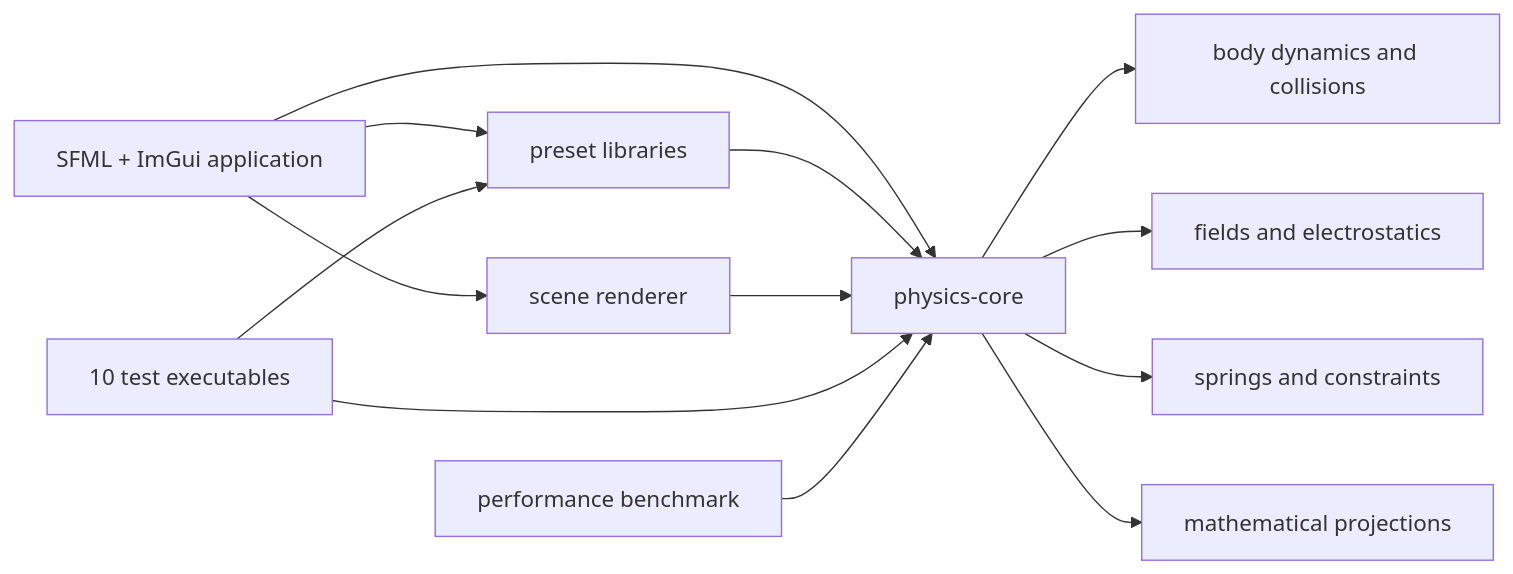
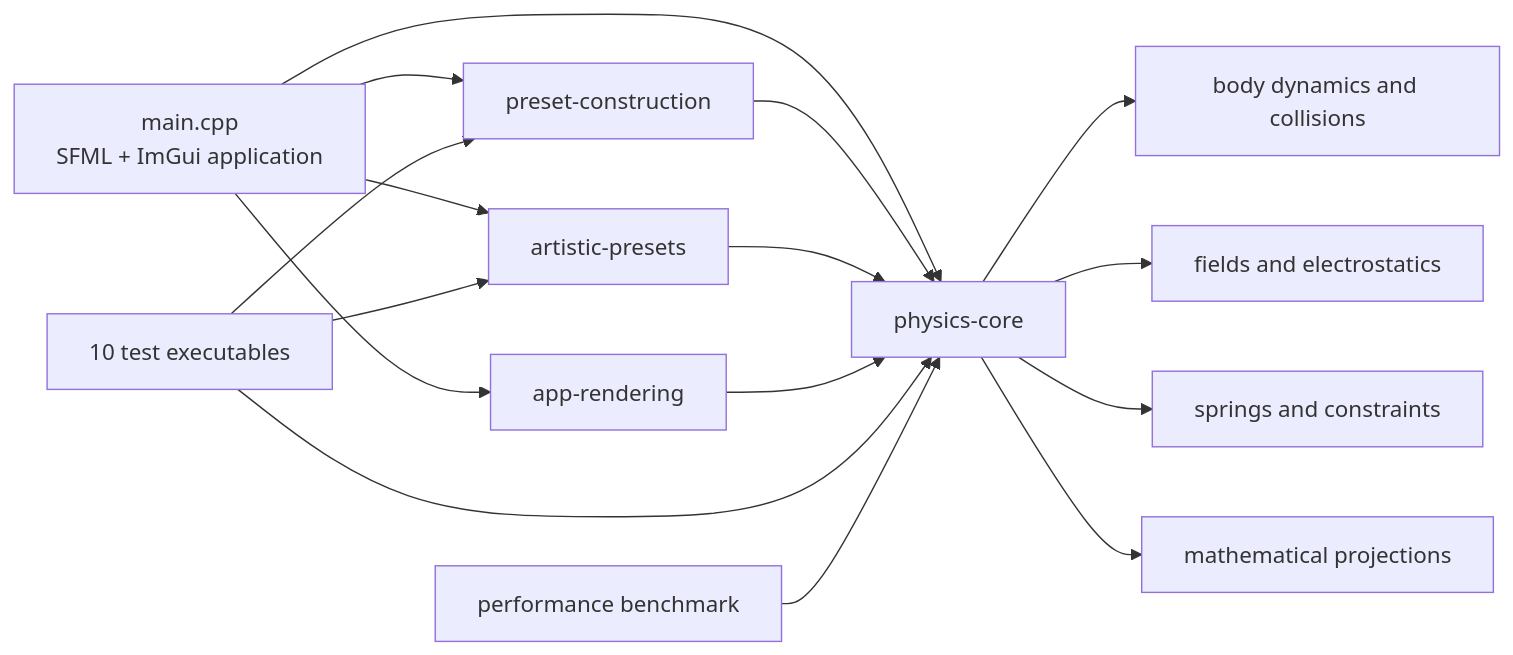
Before and after one commit to laia-wq/physics-engine: the diagram in README.md, drawn with Mermaid. The commit also changed other lines of this file, not shown here.

Commit message:
Update README graph

````diff
--- a/README.md
+++ b/README.md
@@ -98,16 +98,19 @@
 ```mermaid
 flowchart LR
-    UI[SFML + ImGui application] --> Core[physics-core]
-    UI --> Presets[preset libraries]
-    UI --> Renderer[scene renderer]
-    Presets --> Core
+    Main[main.cpp<br/>SFML + ImGui application] --> Core[physics-core]
+    Main --> Foundation[preset-construction]
+    Main --> Artistic[artistic-presets]
+    Main --> Renderer[app-rendering]
+    Foundation --> Core
+    Artistic --> Core
     Renderer --> Core
     Tests[10 test executables] --> Core
-    Tests --> Presets
+    Tests --> Foundation
+    Tests --> Artistic
     Benchmark[performance benchmark] --> Core
 
     Core --> Dynamics[body dynamics and collisions]
     Core --> Fields[fields and electrostatics]
     Core --> Connected[springs and constraints]
     Core --> Surfaces[mathematical projections]
 ```
````
